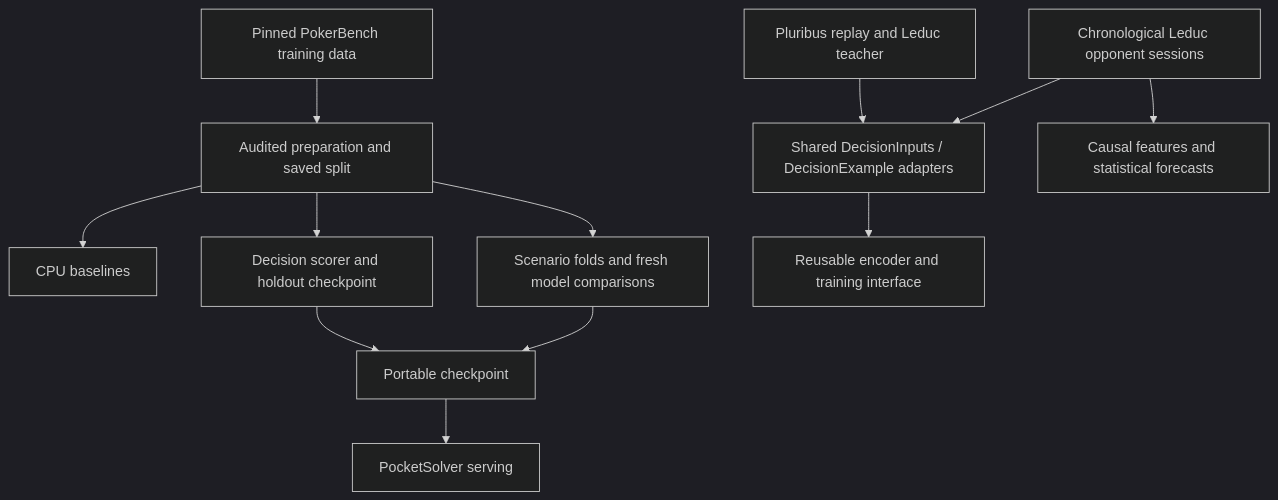
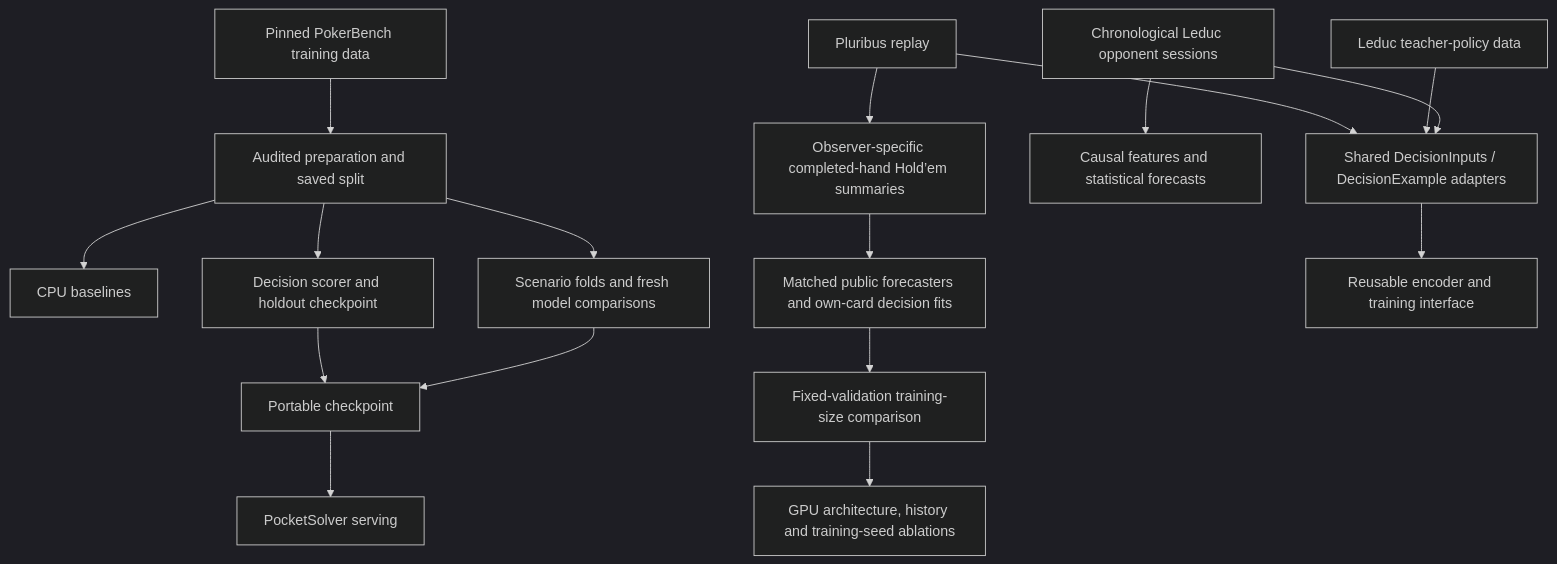
Before and after one commit to nmokey/Poker-Decision-Model: the diagram in docs/architecture.md, drawn with Mermaid (dark theme). The commit also changed other lines of this file and 50 other files, not shown here.

First line of the commit message:
Integrate Hold’em opponent histories and matched GPU ablations (#9)

````diff
--- a/docs/architecture.md
+++ b/docs/architecture.md
@@ -8,14 +8,19 @@
 ```mermaid
 flowchart TD
     P[Pinned PokerBench training data] --> D[Audited preparation and saved split]
     D --> B[CPU baselines]
     D --> T[Decision scorer and holdout checkpoint]
     D --> E[Scenario folds and fresh model comparisons]
     T --> C[Portable checkpoint]
     E --> C
     C --> S[PocketSolver serving]
-    A[Pluribus replay and Leduc teacher] --> I[Shared DecisionInputs / DecisionExample adapters]
+    A[Pluribus replay] --> I[Shared DecisionInputs / DecisionExample adapters]
+    L[Leduc teacher-policy data] --> I
     H[Chronological Leduc opponent sessions] --> F[Causal features and statistical forecasts]
     H --> I
+    A --> O[Observer-specific completed-hand Hold’em summaries]
+    O --> M[Matched public forecasters and own-card decision fits]
+    M --> V[Fixed-validation training-size comparison]
+    V --> G[GPU architecture, history and training-seed ablations]
     I --> R[Reusable encoder and training interface]
 ```
````
